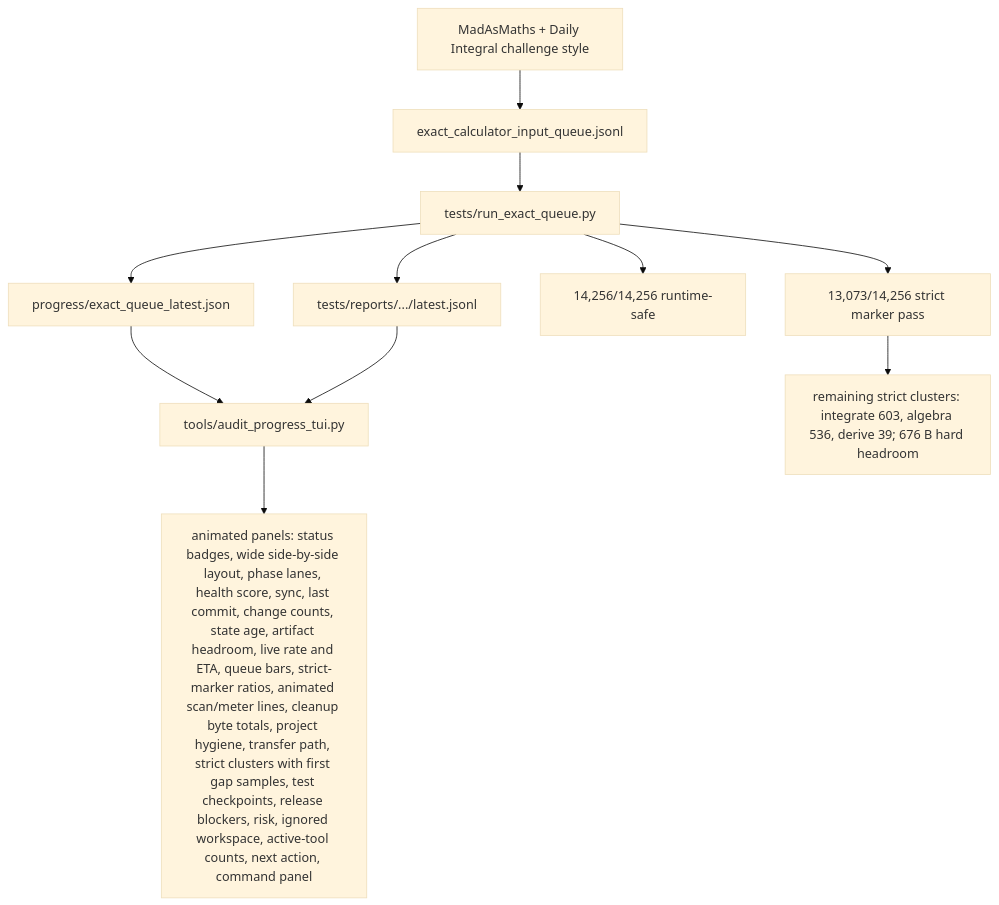
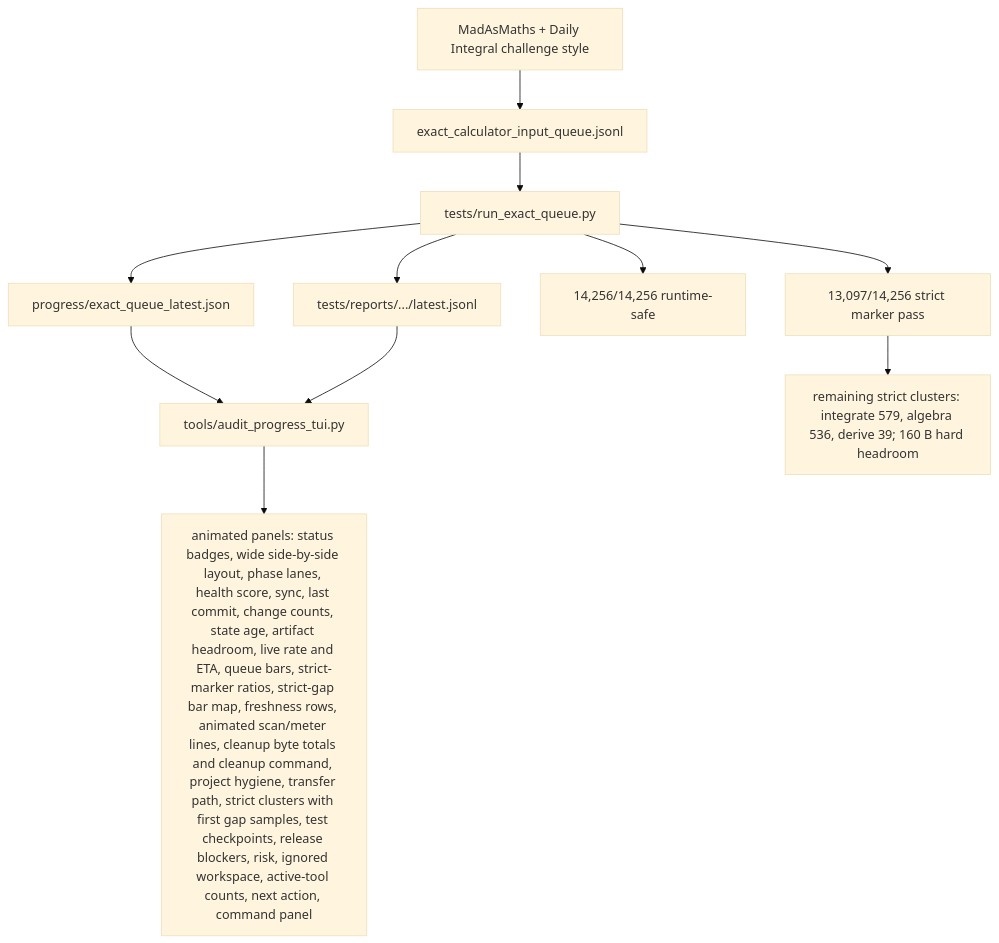
Before and after one commit to james8464/notes-addin-casio-fx-cg50: the fifth of 6 diagrams in docs/GRAPH.md, drawn with Mermaid (base theme). The commit also changed other lines of this file and 9 other files, not shown here.

````diff
--- a/docs/GRAPH.md
+++ b/docs/GRAPH.md
@@ -62,13 +62,13 @@
 ```mermaid
 graph TD
   Online["MadAsMaths + Daily Integral challenge style"] --> Queue["exact_calculator_input_queue.jsonl"]
   Queue --> Runner["tests/run_exact_queue.py"]
   Runner --> Live["progress/exact_queue_latest.json"]
   Runner --> Report["tests/reports/.../latest.jsonl"]
   Live --> TUI["tools/audit_progress_tui.py"]
   Report --> TUI
-  TUI --> Panels["animated panels: status badges, wide side-by-side layout, phase lanes, health score, sync, last commit, change counts, state age, artifact headroom, live rate and ETA, queue bars, strict-marker ratios, animated scan/meter lines, cleanup byte totals, project hygiene, transfer path, strict clusters with first gap samples, test checkpoints, release blockers, risk, ignored workspace, active-tool counts, next action, command panel"]
+  TUI --> Panels["animated panels: status badges, wide side-by-side layout, phase lanes, health score, sync, last commit, change counts, state age, artifact headroom, live rate and ETA, queue bars, strict-marker ratios, strict-gap bar map, freshness rows, animated scan/meter lines, cleanup byte totals and cleanup command, project hygiene, transfer path, strict clusters with first gap samples, test checkpoints, release blockers, risk, ignored workspace, active-tool counts, next action, command panel"]
   Runner --> Runtime["14,256/14,256 runtime-safe"]
-  Runner --> Strict["13,073/14,256 strict marker pass"]
-  Strict --> Remaining["remaining strict clusters: integrate 603, algebra 536, derive 39; 676 B hard headroom"]
+  Runner --> Strict["13,097/14,256 strict marker pass"]
+  Strict --> Remaining["remaining strict clusters: integrate 579, algebra 536, derive 39; 160 B hard headroom"]
 ```
````
